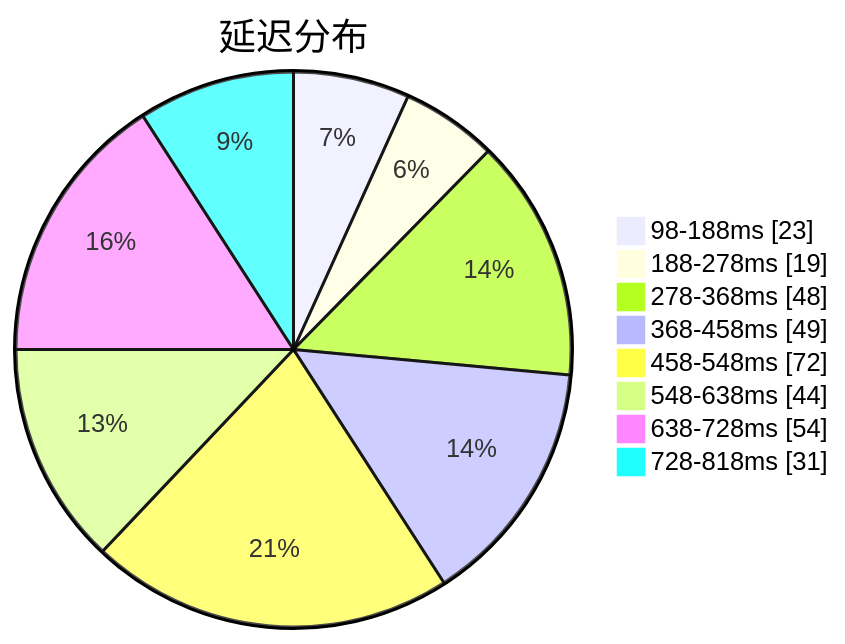
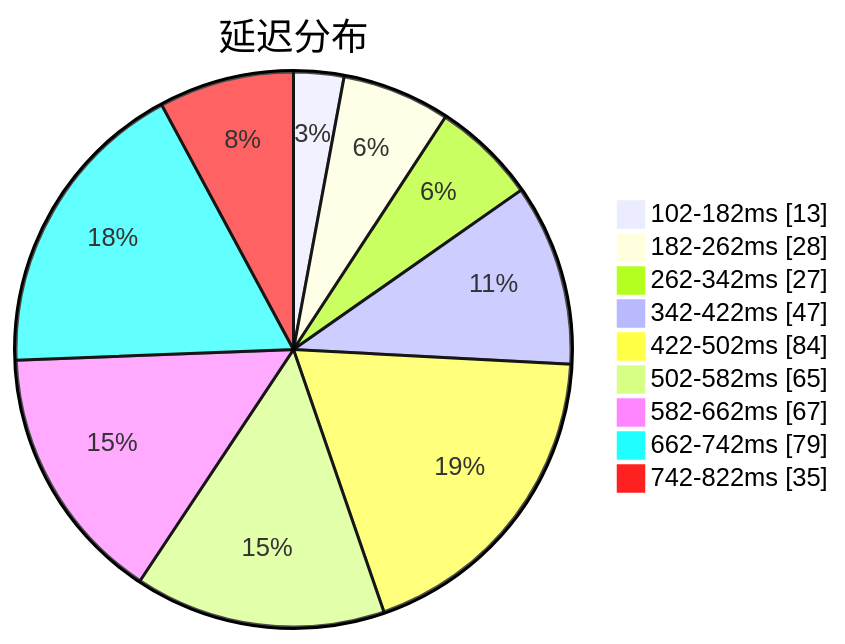
One commit to sinspired/airport changed the first of 3 diagrams in subs/statistics/tested_within.md. Above: the diagram before and after it, drawn with Mermaid. The commit also changed other lines of this file and 2 other files, not shown here.

````diff
--- a/subs/statistics/tested_within.md
+++ b/subs/statistics/tested_within.md
@@ -2,12 +2,13 @@
 ```mermaid
 pie showData
 title 延迟分布
-"98-188ms" : 23
-"188-278ms" : 19
-"278-368ms" : 48
-"368-458ms" : 49
-"458-548ms" : 72
-"548-638ms" : 44
-"638-728ms" : 54
-"728-818ms" : 31
+"102-182ms" : 13
+"182-262ms" : 28
+"262-342ms" : 27
+"342-422ms" : 47
+"422-502ms" : 84
+"502-582ms" : 65
+"582-662ms" : 67
+"662-742ms" : 79
+"742-822ms" : 35
 ```
````
